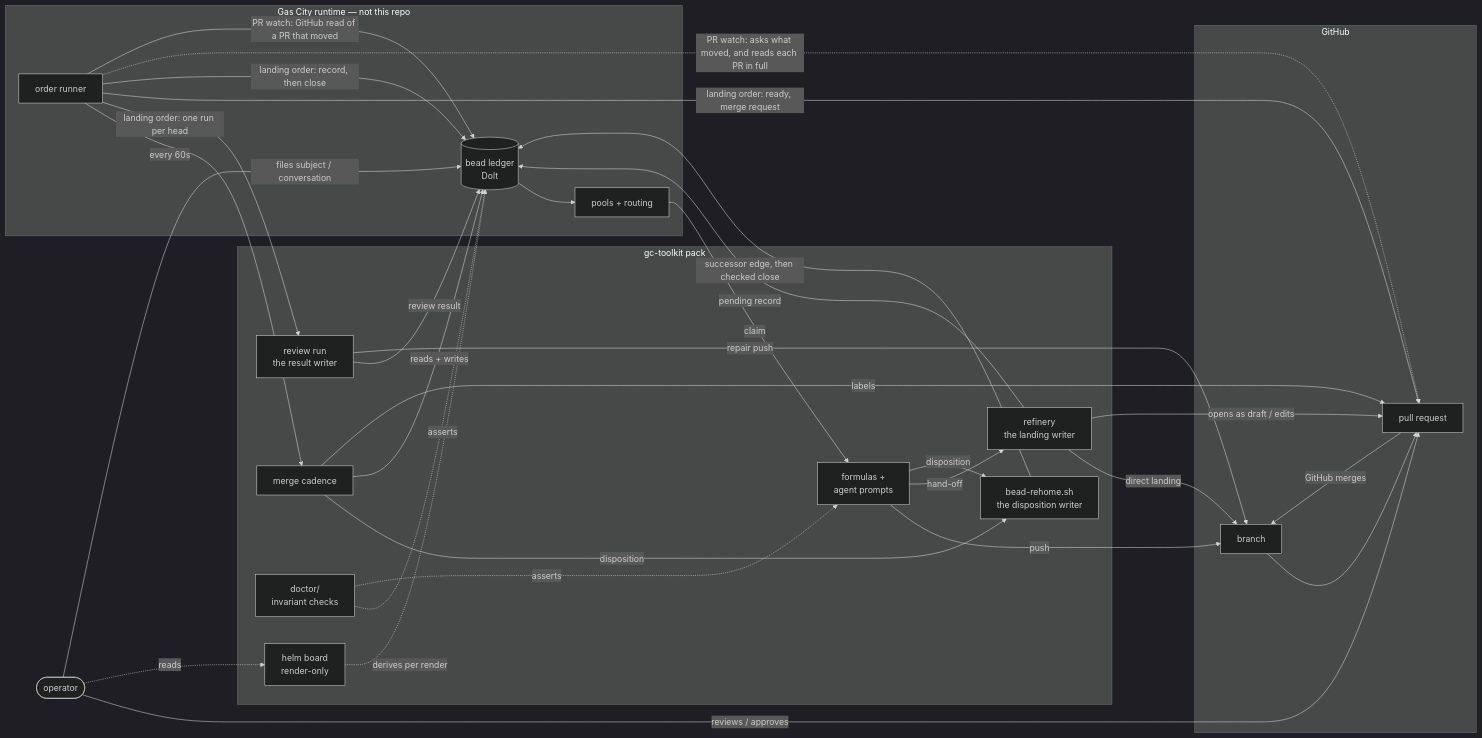
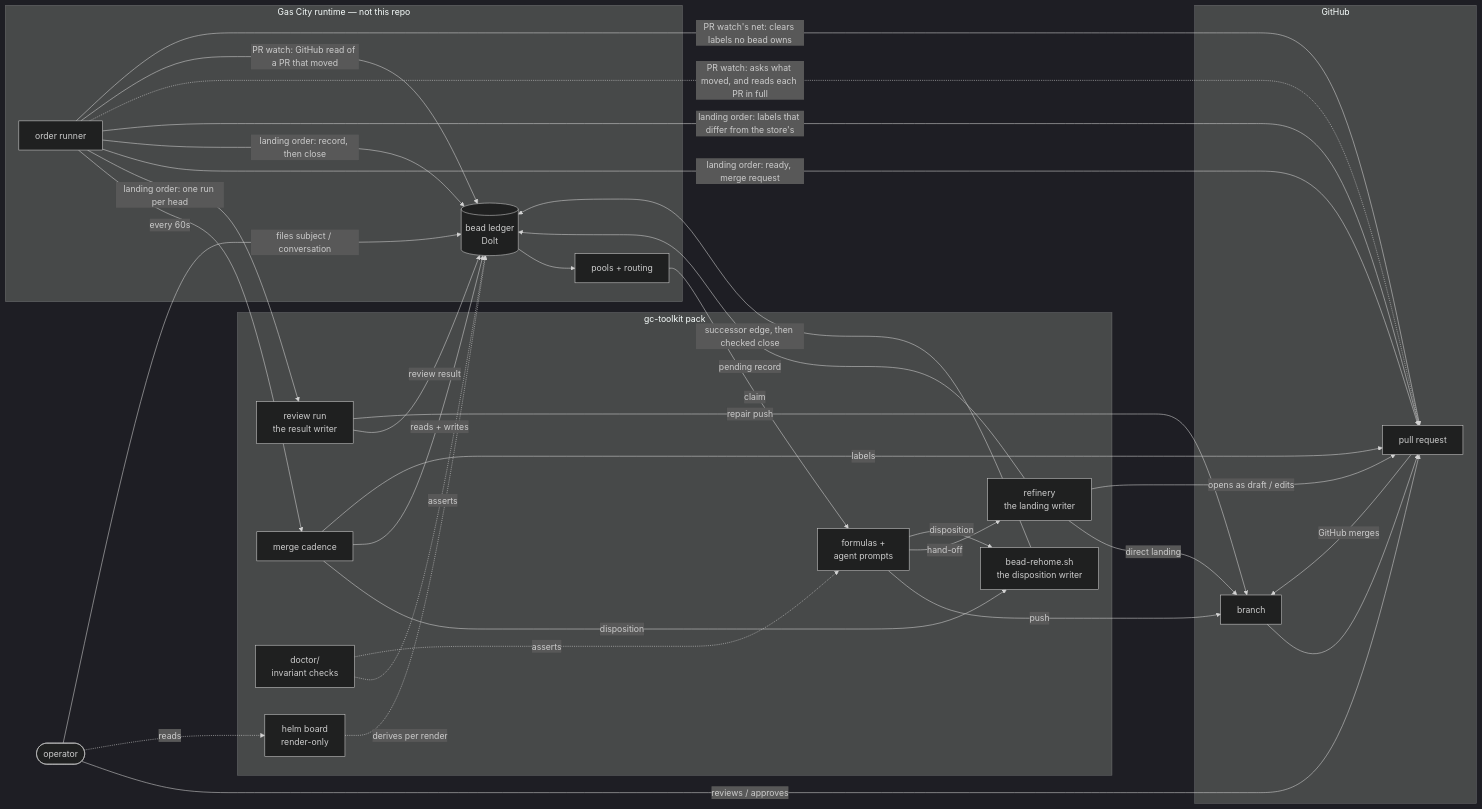
The diagram in docs/architecture.md (zookanalytics/gc-toolkit), drawn with Mermaid (dark theme) before and after one commit. The commit also changed other lines of this file and 9 other files, not shown here.

````diff
--- a/docs/architecture.md
+++ b/docs/architecture.md
@@ -40,51 +40,53 @@
 ```mermaid
 flowchart LR
   OP([operator])
   subgraph city["Gas City runtime — not this repo"]
     LEDGER[(bead ledger<br/>Dolt)]
     POOL[pools + routing]
     ORD[order runner]
   end
   subgraph pack["gc-toolkit pack"]
     FORM[formulas +<br/>agent prompts]
     REF[refinery<br/>the landing writer]
     DISP[bead-rehome.sh<br/>the disposition writer]
     CAD[merge cadence]
     RUN[review run<br/>the result writer]
     DOC[doctor/<br/>invariant checks]
     HELM[helm board<br/>render-only]
   end
   subgraph git["GitHub"]
     BR[branch]
     PR[pull request]
   end
 
   OP -->|files subject / conversation| LEDGER
   OP -->|reviews / approves| PR
   OP -.->|reads| HELM
   LEDGER --> POOL
   POOL -->|claim| FORM
   FORM -->|push| BR
   FORM -->|hand-off| REF
   REF -->|direct landing| BR
   REF -->|opens as draft / edits| PR
   REF -->|pending record| LEDGER
   FORM -->|disposition| DISP
   CAD -->|disposition| DISP
   DISP -->|successor edge, then checked close| LEDGER
   RUN -->|review result| LEDGER
   RUN -->|repair push| BR
   ORD -->|every 60s| CAD
   ORD -->|landing order: one run per head| RUN
   ORD -->|landing order: ready, merge request| PR
   ORD -->|landing order: record, then close| LEDGER
+  ORD -->|landing order: labels that differ from the store's| PR
   ORD -.->|PR watch: asks what moved, and reads each PR in full| PR
   ORD -->|PR watch: GitHub read of a PR that moved| LEDGER
+  ORD -->|PR watch's net: clears labels no bead owns| PR
   CAD -->|reads + writes| LEDGER
   CAD -->|labels| PR
   BR --> PR
   PR -->|GitHub merges| BR
   HELM -.->|derives per render| LEDGER
   DOC -.->|asserts| LEDGER
   DOC -.->|asserts| FORM
 ```
````
